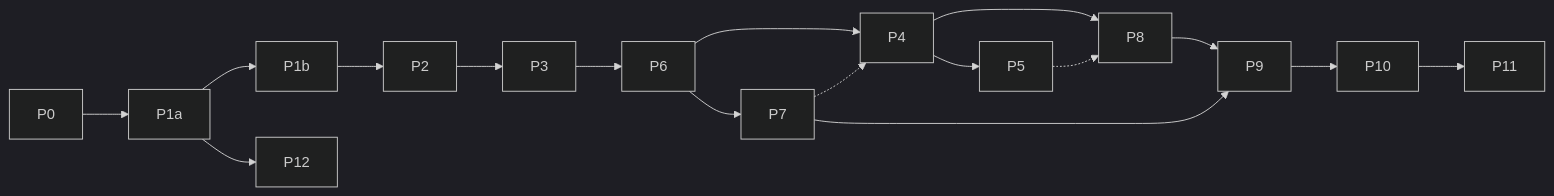
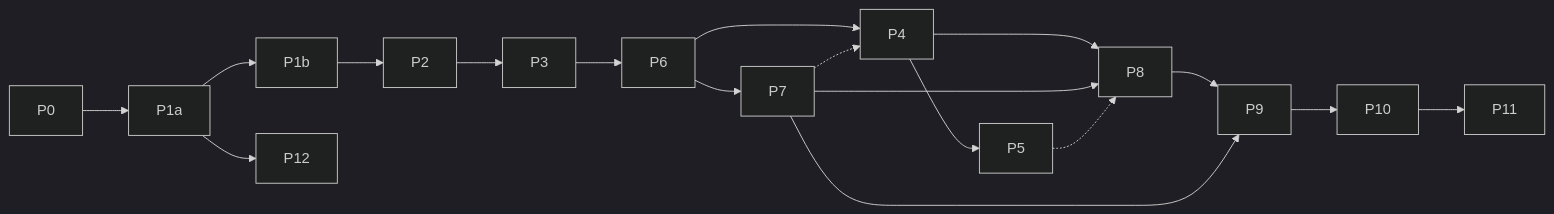
Before and after one commit to DhananjayaR/agent-kernel: the diagram in docs/specs/950-agent-kernel-studio/later-phases.md, drawn with Mermaid (dark theme). The commit also changed other lines of this file and 15 other files, not shown here.

````diff
--- a/docs/specs/950-agent-kernel-studio/later-phases.md
+++ b/docs/specs/950-agent-kernel-studio/later-phases.md
@@ -36,11 +36,12 @@
 ```mermaid
 flowchart LR
   P0 --> P1a --> P1b --> P2 --> P3
   P3 --> P6 --> P7
   P6 --> P4 --> P5
   P7 -.-> P4
   P4 --> P8 --> P9 --> P10 --> P11
   P7 --> P9
+  P7 --> P8
   P5 -.-> P8
   P1a --> P12
 ```
````
